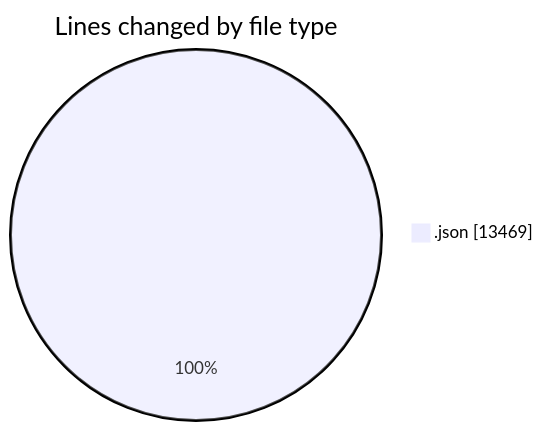
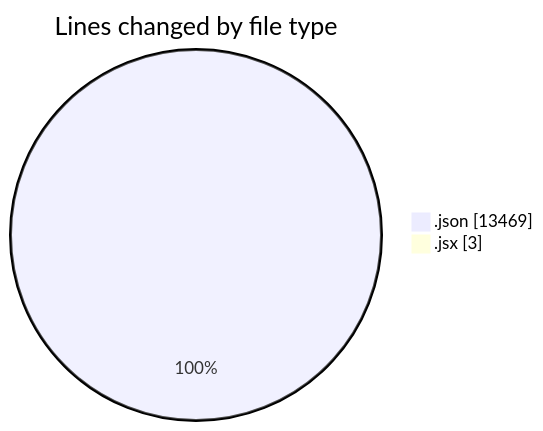
The first of 2 diagrams in 2025-10-30/nxtqube_webapp/README.md (nxtqubesakshisongat/code-tracking), drawn with Mermaid before and after one commit. The commit also changed other lines of this file and 1 other file, not shown here.

````diff
--- a/2025-10-30/nxtqube_webapp/README.md
+++ b/2025-10-30/nxtqube_webapp/README.md
@@ -20,5 +21,6 @@
 ```mermaid
 pie showData
 title Lines changed by file type
 ".json" : 13469
+".jsx" : 3
 ```
````
